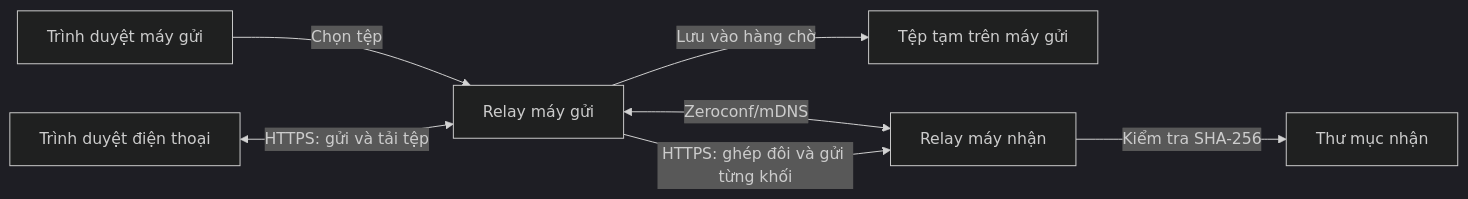
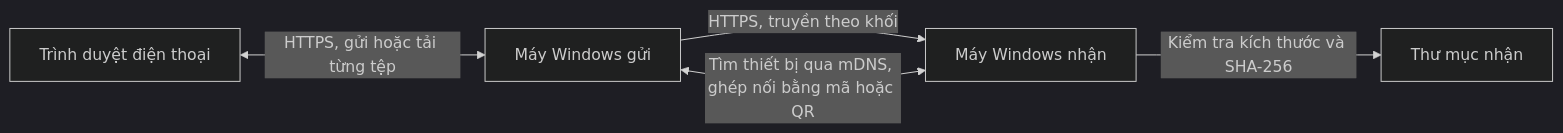
One commit to doletrandat/filetransfer6969 changed the diagram in README.md. Above: the diagram before and after it, drawn with Mermaid (dark theme). The commit also changed other lines of this file and 6 other files, not shown here.

````diff
--- a/README.md
+++ b/README.md
@@ -82,9 +80,7 @@
 ```mermaid
 flowchart LR
-    A[Trình duyệt máy gửi] -->|Chọn tệp| B[Relay máy gửi]
-    B -->|Lưu vào hàng chờ| C[Tệp tạm trên máy gửi]
-    B <-->|Zeroconf/mDNS| D[Relay máy nhận]
-    B -->|HTTPS: ghép đôi và gửi từng khối| D
-    D -->|Kiểm tra SHA-256| E[Thư mục nhận]
-    F[Trình duyệt điện thoại] <-->|HTTPS: gửi và tải tệp| B
+    A[Máy Windows gửi] -->|HTTPS, truyền theo khối| B[Máy Windows nhận]
+    A <-->|Tìm thiết bị qua mDNS, ghép nối bằng mã hoặc QR| B
+    C[Trình duyệt điện thoại] <-->|HTTPS, gửi hoặc tải từng tệp| A
+    B -->|Kiểm tra kích thước và SHA-256| D[Thư mục nhận]
 ```
````
